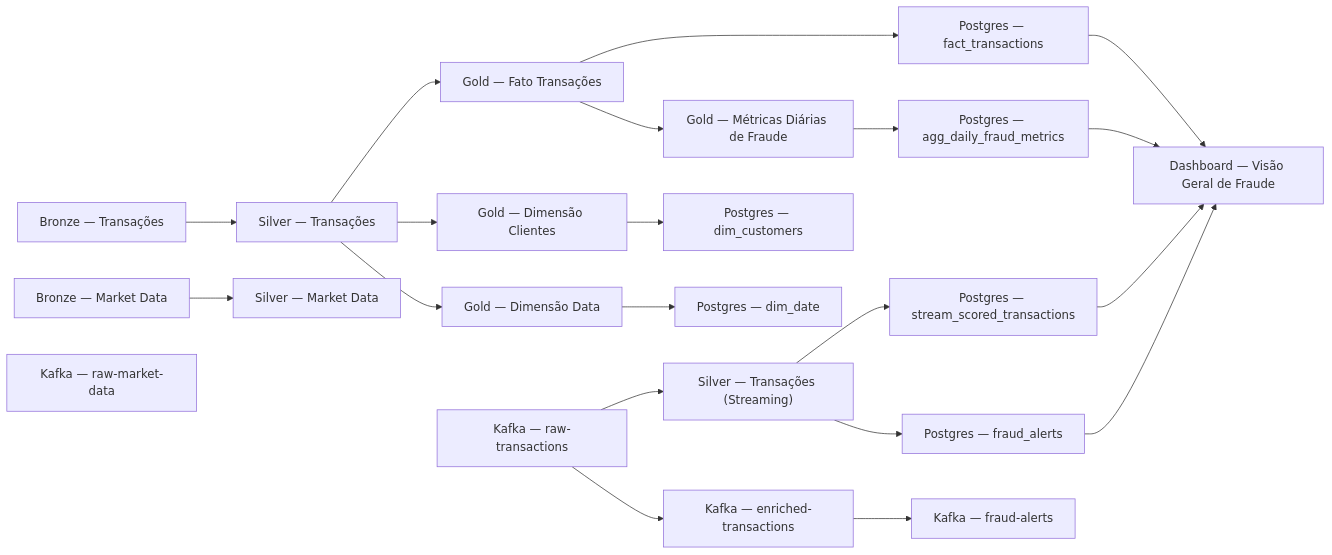
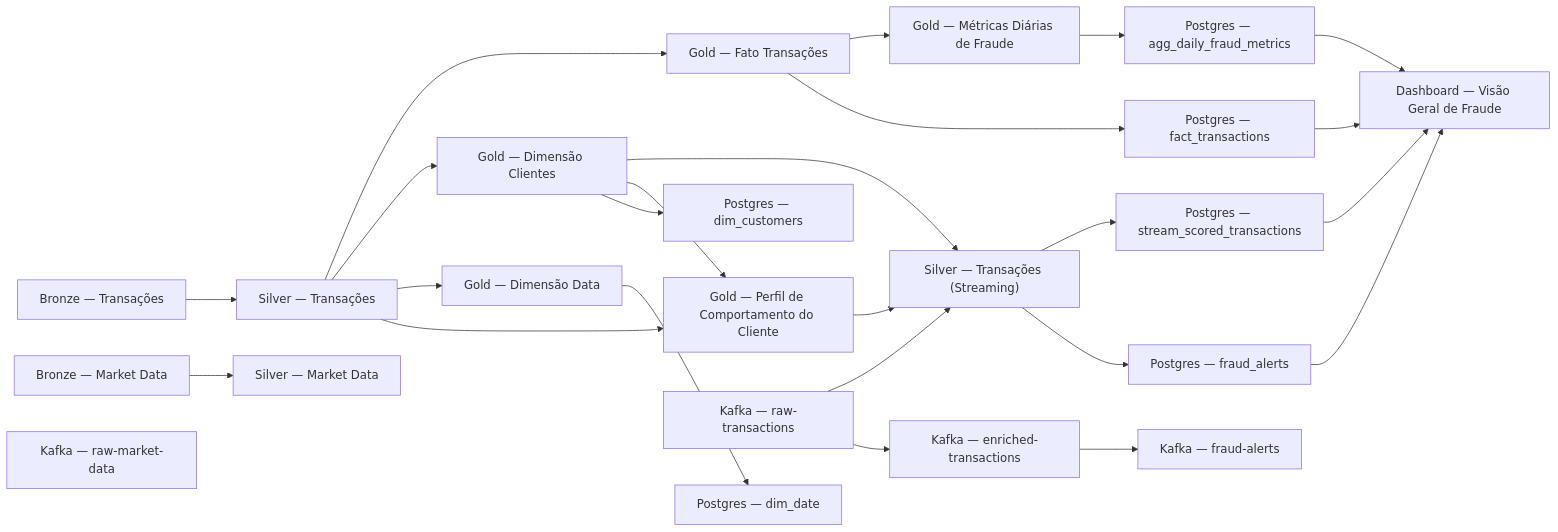
The diagram in docs/data_catalog.md (gpgomes/data-master-std-fraud), drawn with Mermaid before and after one commit. The commit also changed other lines of this file and 19 other files, not shown here.

````diff
--- a/docs/data_catalog.md
+++ b/docs/data_catalog.md
@@ -63,42 +64,47 @@
 ```mermaid
 graph LR
     bronze_transactions["Bronze — Transações"]
     bronze_market_data["Bronze — Market Data"]
     silver_transactions["Silver — Transações"]
     silver_market_data["Silver — Market Data"]
     silver_transactions_stream["Silver — Transações (Streaming)"]
     gold_fact_transactions["Gold — Fato Transações"]
     gold_dim_customers["Gold — Dimensão Clientes"]
     gold_dim_date["Gold — Dimensão Data"]
     gold_agg_daily_fraud_metrics["Gold — Métricas Diárias de Fraude"]
+    gold_customer_behavior_profile["Gold — Perfil de Comportamento do Cliente"]
     serving_fact_transactions["Postgres — fact_transactions"]
     serving_dim_customers["Postgres — dim_customers"]
     serving_dim_date["Postgres — dim_date"]
     serving_agg_daily_fraud_metrics["Postgres — agg_daily_fraud_metrics"]
     serving_stream_scored_transactions["Postgres — stream_scored_transactions"]
     serving_fraud_alerts["Postgres — fraud_alerts"]
     kafka_raw_transactions["Kafka — raw-transactions"]
     kafka_raw_market_data["Kafka — raw-market-data"]
     kafka_enriched_transactions["Kafka — enriched-transactions"]
     kafka_fraud_alerts["Kafka — fraud-alerts"]
     dashboard_fraud_overview["Dashboard — Visão Geral de Fraude"]
     bronze_transactions --> silver_transactions
     bronze_market_data --> silver_market_data
     kafka_raw_transactions --> silver_transactions_stream
+    gold_dim_customers --> silver_transactions_stream
+    gold_customer_behavior_profile --> silver_transactions_stream
     silver_transactions --> gold_fact_transactions
     silver_transactions --> gold_dim_customers
     silver_transactions --> gold_dim_date
     gold_fact_transactions --> gold_agg_daily_fraud_metrics
+    silver_transactions --> gold_customer_behavior_profile
+    gold_dim_customers --> gold_customer_behavior_profile
     gold_fact_transactions --> serving_fact_transactions
     gold_dim_customers --> serving_dim_customers
     gold_dim_date --> serving_dim_date
     gold_agg_daily_fraud_metrics --> serving_agg_daily_fraud_metrics
     silver_transactions_stream --> serving_stream_scored_transactions
     silver_transactions_stream --> serving_fraud_alerts
     kafka_raw_transactions --> kafka_enriched_transactions
     kafka_enriched_transactions --> kafka_fraud_alerts
     serving_fact_transactions --> dashboard_fraud_overview
     serving_agg_daily_fraud_metrics --> dashboard_fraud_overview
     serving_stream_scored_transactions --> dashboard_fraud_overview
     serving_fraud_alerts --> dashboard_fraud_overview
 ```
````
